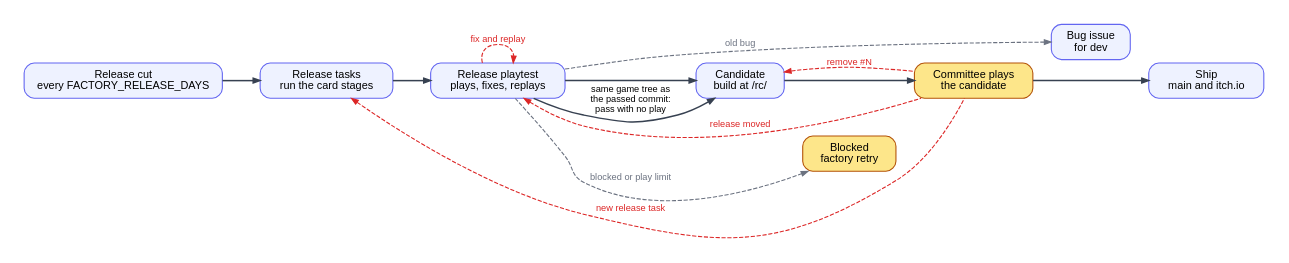
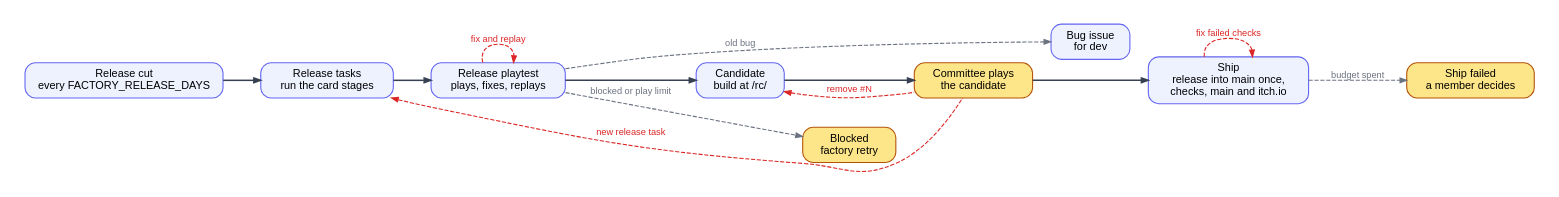
Before and after one commit to btseytlin/road-machiners: the diagram in factory/docs/diagrams/release.dot, drawn with Graphviz. The commit also changed 24 other files, not shown here.

Commit message:
The release stays put after its cut and meets main once, at Ship, which merges, checks and fixes in its own session

```diff
--- a/factory/docs/diagrams/release.dot
+++ b/factory/docs/diagrams/release.dot
@@ -1,20 +1,20 @@
 // Release. Black: normal path. Red: loops back. Grey: stops the flow. Yellow: waits for people.
 digraph release {
   rankdir=LR; nodesep=0.3; ranksep=0.6; bgcolor=white; pad=0.3;
   node [shape=box, style="rounded,filled", fillcolor="#eef2ff", color="#6366f1", fontname="Helvetica", fontsize=13, margin="0.2,0.1", penwidth=1.3, width=1.3];
   edge [color="#374151", penwidth=1.8, arrowsize=0.8, fontname="Helvetica", fontsize=11];
   C [label="Release cut\nevery FACTORY_RELEASE_DAYS"]; T [label="Release tasks\nrun the card stages"]; G [label="Release playtest\nplays, fixes, replays"]; B [label="Candidate\nbuild at /rc/"];
-  P [label="Committee plays\nthe candidate", fillcolor="#fde68a", color="#b45309"]; S [label="Ship\nmain and itch.io"];
-  BL [label="Blocked\nfactory retry", fillcolor="#fde68a", color="#b45309"]; D [label="Bug issue\nfor dev"];
+  P [label="Committee plays\nthe candidate", fillcolor="#fde68a", color="#b45309"]; S [label="Ship\nrelease into main once,\nchecks, main and itch.io"];
+  BL [label="Blocked\nfactory retry", fillcolor="#fde68a", color="#b45309"]; D [label="Bug issue\nfor dev"]; SB [label="Ship failed\na member decides", fillcolor="#fde68a", color="#b45309"];
   C -> T -> G -> B -> P -> S [weight=100];
-  G -> B [label="same game tree as\nthe passed commit:\npass with no play", weight=0];
   edge [color="#dc2626", fontcolor="#dc2626", style=dashed, penwidth=1.3, dir=back, weight=0];
   T -> P [label="new release task"];
   B -> P [label="remove #N"];
-  G -> P [label="release moved"];
   edge [color="#dc2626", fontcolor="#dc2626", style=dashed, penwidth=1.3, dir=forward, weight=0];
   G -> G [label="fix and replay"];
+  S -> S [label="fix failed checks"];
   edge [color="#6b7280", fontcolor="#6b7280", style=dashed, penwidth=1.3, dir=forward, weight=0];
   G -> BL [label="blocked or play limit"];
   G -> D [label="old bug"];
+  S -> SB [label="budget spent"];
 }
```
